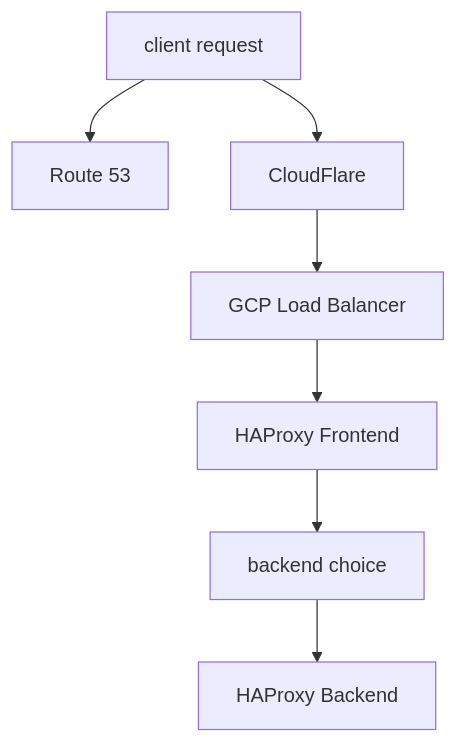
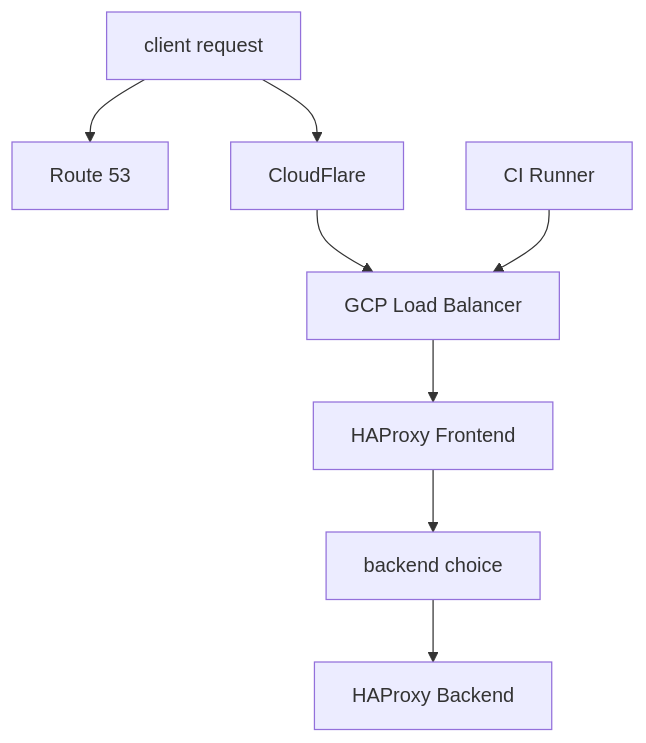
Before and after one commit to mattrussi/gitlab-com-runbooks: the first of 2 diagrams in docs/frontend/haproxy.md, drawn with Mermaid. The commit also changed other lines of this file and 2 other files, not shown here.

````diff
--- a/docs/frontend/haproxy.md
+++ b/docs/frontend/haproxy.md
@@ -30,10 +31,11 @@
 ```mermaid
 graph TB
 
 a[client request] --> b[Route 53]
 a --> c[CloudFlare]
 c --> d[GCP Load Balancer]
 d --> e[HAProxy Frontend]
 e --> f[backend choice]
 f --> g[HAProxy Backend]
+h[CI Runner] --> d
 ```
````
